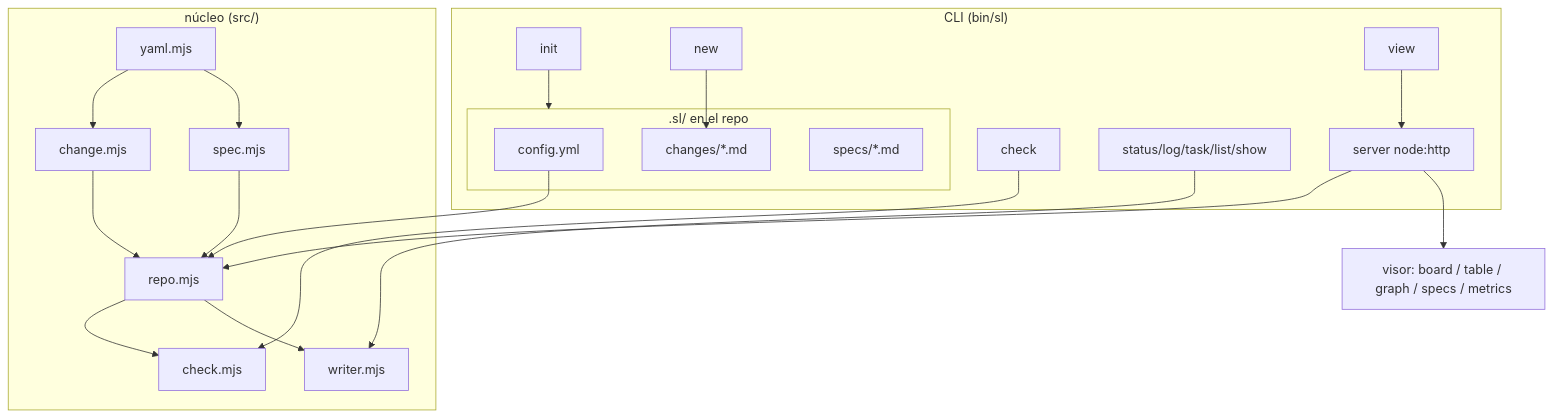
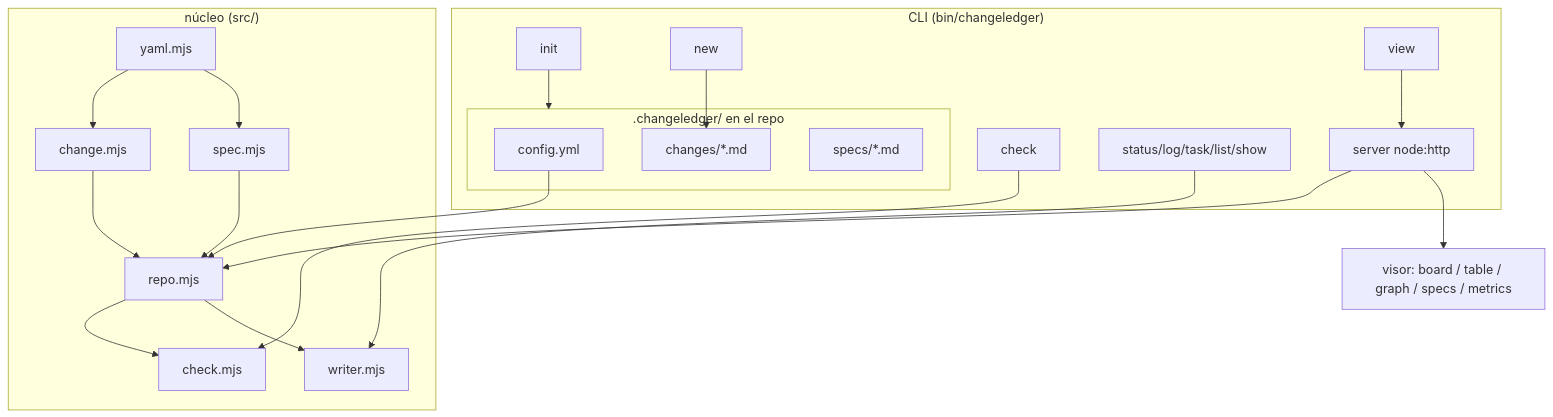
One commit to rarc88/changeledger changed the first of 2 diagrams in .changeledger/specs/architecture.md. Above: the diagram before and after it, drawn with Mermaid. The commit also changed other lines of this file and 2 other files, not shown here.

Commit message:
docs(changeledger): graduate accepted migration [#20260624-153236]

````diff
--- a/.changeledger/specs/architecture.md
+++ b/.changeledger/specs/architecture.md
@@ -48,26 +48,26 @@
 ```mermaid
 flowchart TD
-  subgraph repo[".sl/ en el repo"]
+  subgraph repo[".changeledger/ en el repo"]
     CFG[config.yml]
     CH[changes/*.md]
     SP[specs/*.md]
   end
   subgraph core["núcleo (src/)"]
     YAML[yaml.mjs] --> CHANGE[change.mjs]
     YAML --> SPEC[spec.mjs]
     CFG --> REPO[repo.mjs]
     CHANGE --> REPO
     SPEC --> REPO
     REPO --> CHECK[check.mjs]
     REPO --> WRITER[writer.mjs]
   end
-  subgraph cli["CLI (bin/sl)"]
+  subgraph cli["CLI (bin/changeledger)"]
     INIT[init] --> repo
     NEW[new] --> CH
     CHECKC[check] --> CHECK
     AGENT[status/log/task/list/show] --> WRITER
     VIEW[view] --> SRV
   end
   SRV[server node:http] --> REPO
   SRV --> UI[visor: board / table / graph / specs / metrics]
 ```
````
